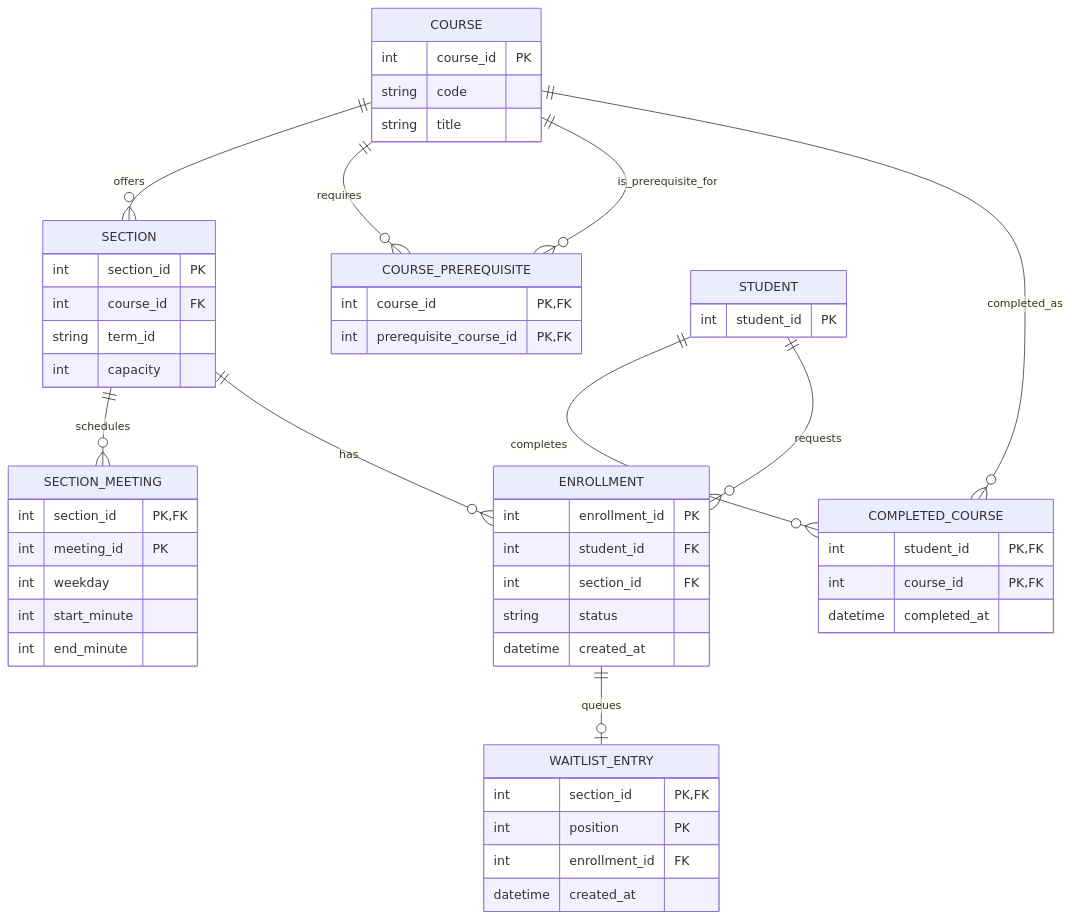
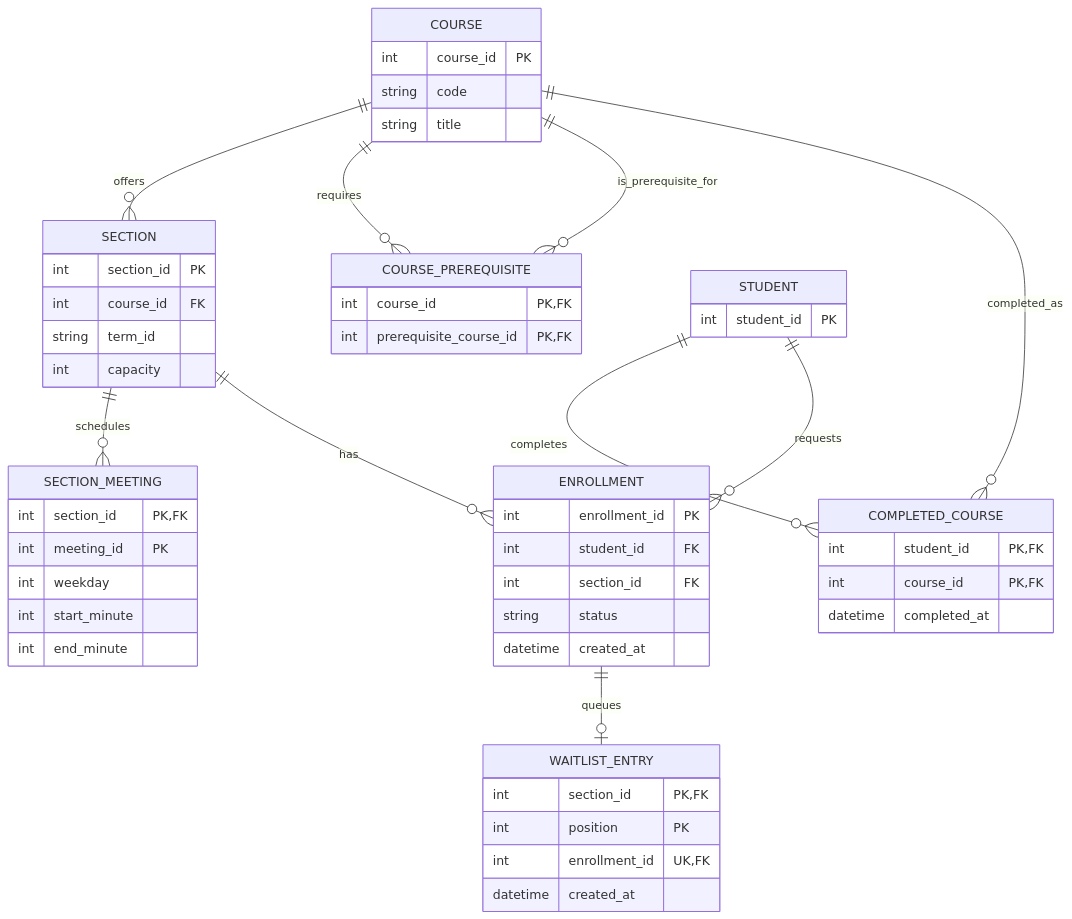
The second of 2 diagrams in solutions/system-design/07-course-enrollment-waitlist.md (ehuerta6/bloomberg-interview-practice), drawn with Mermaid before and after one commit. The commit also changed 16 other files, not shown here.

````diff
--- a/solutions/system-design/07-course-enrollment-waitlist.md
+++ b/solutions/system-design/07-course-enrollment-waitlist.md
@@ -46,56 +46,56 @@
 ```mermaid
 erDiagram
     COURSE ||--o{ SECTION : offers
     SECTION ||--o{ SECTION_MEETING : schedules
     COURSE ||--o{ COURSE_PREREQUISITE : requires
     COURSE ||--o{ COURSE_PREREQUISITE : is_prerequisite_for
     STUDENT ||--o{ COMPLETED_COURSE : completes
     COURSE ||--o{ COMPLETED_COURSE : completed_as
     STUDENT ||--o{ ENROLLMENT : requests
     SECTION ||--o{ ENROLLMENT : has
     ENROLLMENT ||--o| WAITLIST_ENTRY : queues
 
     STUDENT {
         int student_id PK
     }
     COURSE {
         int course_id PK
         string code
         string title
     }
     SECTION {
         int section_id PK
         int course_id FK
         string term_id
         int capacity
     }
     SECTION_MEETING {
         int section_id PK, FK
         int meeting_id PK
         int weekday
         int start_minute
         int end_minute
     }
     COURSE_PREREQUISITE {
         int course_id PK, FK
         int prerequisite_course_id PK, FK
     }
     COMPLETED_COURSE {
         int student_id PK, FK
         int course_id PK, FK
         datetime completed_at
     }
     ENROLLMENT {
         int enrollment_id PK
         int student_id FK
         int section_id FK
         string status
         datetime created_at
     }
     WAITLIST_ENTRY {
         int section_id PK, FK
         int position PK
-        int enrollment_id FK
+        int enrollment_id UK, FK
         datetime created_at
     }
 ```
````
